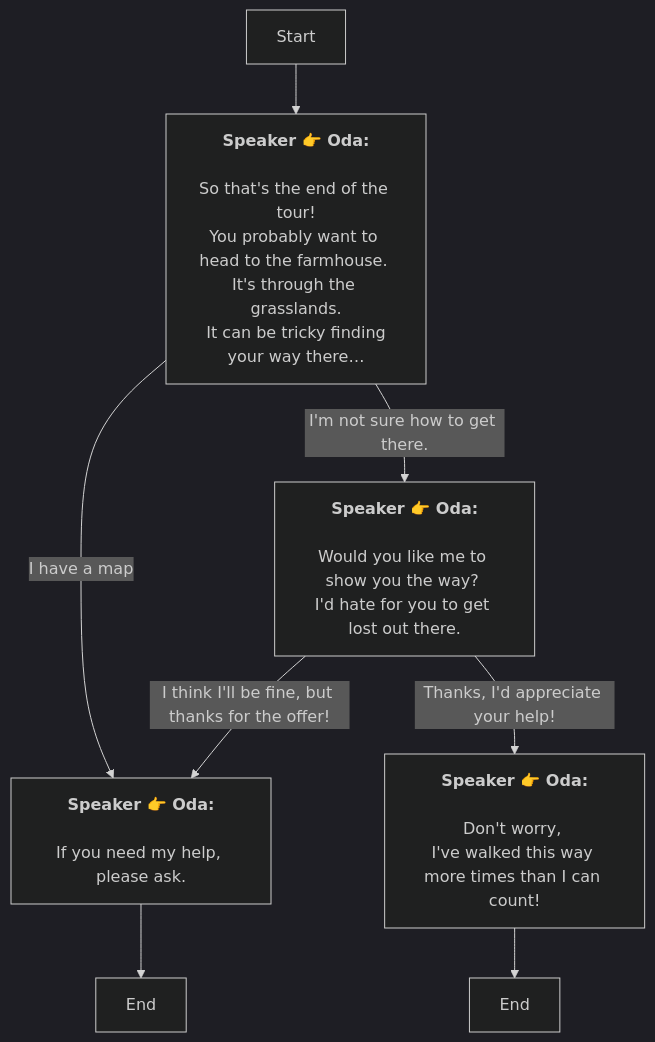
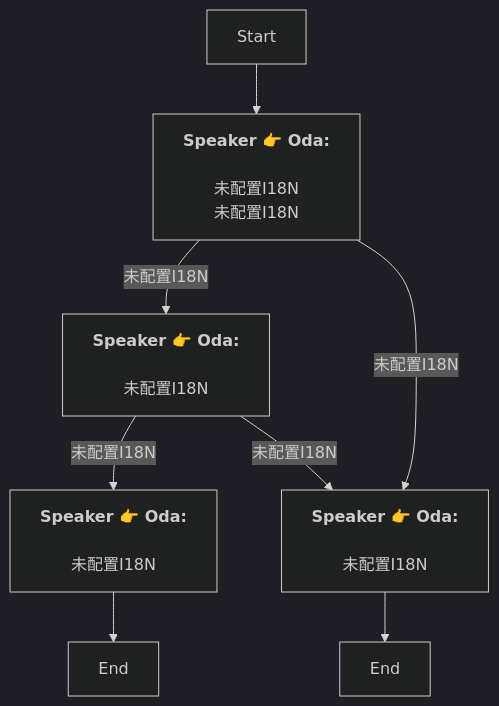
Before and after one commit to SoftHu/tos_avg: the diagram in Zh/QuestTalkObjectiveNode_1769048883538942.md, drawn with Mermaid (dark theme). The commit also changed 780 other files, not shown here.

````diff
--- a/Zh/QuestTalkObjectiveNode_1769048883538942.md
+++ b/Zh/QuestTalkObjectiveNode_1769048883538942.md
@@ -1,20 +1,16 @@
 ```mermaid
 graph
 Start -->1769050262161410[<b>Speaker 👉 Oda:</b>
-\nSo that's the end of the tour!\nYou probably want to head to the farmhouse. 
-It's through the grasslands.
- It can be tricky finding your way there…]
-1769050262161410 -->|I have a map|1769050610127886[<b>Speaker 👉 Oda:</b>
-\nIf you need my help, please ask.]
-1769050262161410 -->|I'm not sure how to get there.|1769050625885199[<b>Speaker 👉 Oda:</b>
-\nWould you like me to show you the way? 
-I'd hate for you to get lost out there.]
+\n未配置I18N\n未配置I18N]
+1769050262161410 -->|未配置I18N|1769050625885199[<b>Speaker 👉 Oda:</b>
+\n未配置I18N]
+1769050262161410 -->|未配置I18N|1769050610127886[<b>Speaker 👉 Oda:</b>
+\n未配置I18N]
 1769050610127886 -->1769050601996301[End]
-1769050625885199 -->|I think I'll be fine, but thanks for the offer!|1769050610127886[<b>Speaker 👉 Oda:</b>
-\nIf you need my help, please ask.]
-1769050625885199 -->|Thanks, I'd appreciate your help!|1769050685433877[<b>Speaker 👉 Oda:</b>
-\nDon't worry, 
-I've walked this way more times than I can count!]
+1769050625885199 -->|未配置I18N|1769050685433877[<b>Speaker 👉 Oda:</b>
+\n未配置I18N]
+1769050625885199 -->|未配置I18N|1769050610127886[<b>Speaker 👉 Oda:</b>
+\n未配置I18N]
 1769050685433877 -->1769050691065878[End]
 
 ```
````
